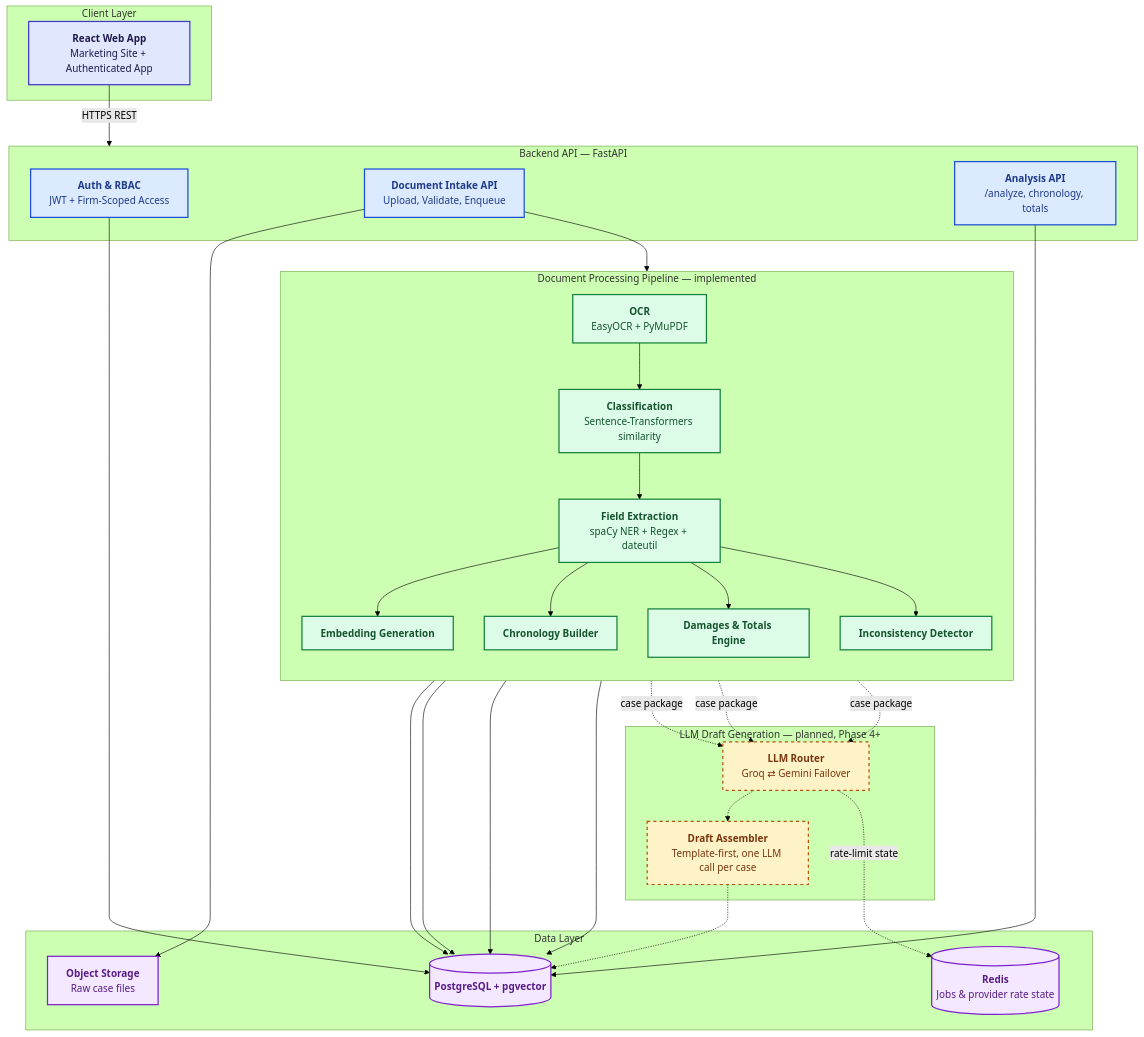
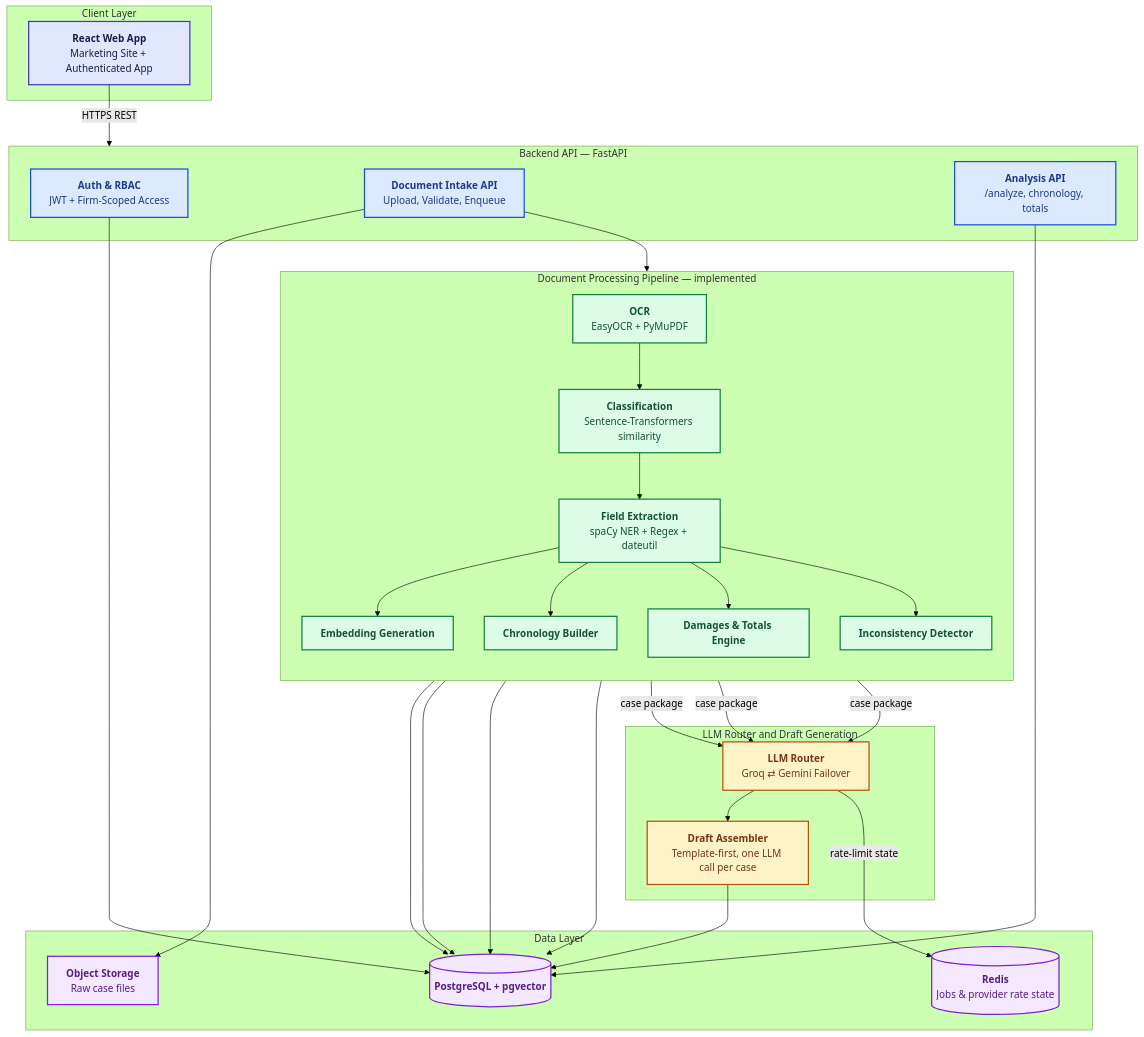
The diagram in README.md (codearchitect14/legal-doc-intelligence), drawn with Mermaid (forest theme) before and after one commit. The commit also changed other lines of this file and 13 other files, not shown here.

First line of the commit message:
feat: implement Phase 4 LLM router and draft generation

````diff
--- a/README.md
+++ b/README.md
@@ -52,80 +52,80 @@
 ```mermaid
 flowchart TB
     subgraph CLIENT["Client Layer"]
         UI["`**React Web App**
         Marketing Site + Authenticated App`"]
     end
 
     subgraph API["Backend API — FastAPI"]
         AUTH["`**Auth & RBAC**
         JWT + Firm-Scoped Access`"]
         UPLOAD["`**Document Intake API**
         Upload, Validate, Enqueue`"]
         ANALYZE["`**Analysis API**
         /analyze, chronology, totals`"]
     end
 
     subgraph PIPELINE["Document Processing Pipeline — implemented"]
         direction TB
         OCR["`**OCR**
         EasyOCR + PyMuPDF`"]
         CLASSIFY["`**Classification**
         Sentence-Transformers similarity`"]
         EXTRACT["`**Field Extraction**
         spaCy NER + Regex + dateutil`"]
         EMBED["`**Embedding Generation**`"]
         CHRONO["`**Chronology Builder**`"]
         TOTALS["`**Damages & Totals Engine**`"]
         GAPS["`**Inconsistency Detector**`"]
 
         OCR --> CLASSIFY --> EXTRACT
         EXTRACT --> EMBED
         EXTRACT --> CHRONO
         EXTRACT --> TOTALS
         EXTRACT --> GAPS
     end
 
-    subgraph FUTURE["LLM Draft Generation — planned, Phase 4+"]
+    subgraph INTEL["LLM Router and Draft Generation"]
         ROUTER["`**LLM Router**
         Groq ⇄ Gemini Failover`"]
         DRAFT["`**Draft Assembler**
         Template-first, one LLM call per case`"]
     end
 
     subgraph DATA["Data Layer"]
         PG[("`**PostgreSQL + pgvector**`")]
         STORE["`**Object Storage**
         Raw case files`"]
         REDIS[("`**Redis**
         Jobs & provider rate state`")]
     end
 
     UI -->|HTTPS REST| API
     AUTH --> PG
     UPLOAD --> STORE
     UPLOAD --> OCR
     ANALYZE --> PG
 
     EMBED --> PG
     CHRONO --> PG
     TOTALS --> PG
     GAPS --> PG
 
-    CHRONO -.->|case package| ROUTER
-    TOTALS -.->|case package| ROUTER
-    GAPS -.->|case package| ROUTER
-    ROUTER -.-> DRAFT -.-> PG
-    ROUTER -.->|rate-limit state| REDIS
+    CHRONO -->|case package| ROUTER
+    TOTALS -->|case package| ROUTER
+    GAPS -->|case package| ROUTER
+    ROUTER --> DRAFT --> PG
+    ROUTER -->|rate-limit state| REDIS
 
     classDef client fill:#e0e7ff,stroke:#4338ca,stroke-width:2px,color:#1e1b4b
     classDef backend fill:#dbeafe,stroke:#1d4ed8,stroke-width:2px,color:#1e3a8a
     classDef pipeline fill:#dcfce7,stroke:#15803d,stroke-width:2px,color:#14532d
-    classDef future fill:#fef3c7,stroke:#b45309,stroke-width:2px,color:#78350f,stroke-dasharray: 5 5
+    classDef intel fill:#fef3c7,stroke:#b45309,stroke-width:2px,color:#78350f
     classDef data fill:#f3e8ff,stroke:#7e22ce,stroke-width:2px,color:#581c87
 
     class UI client
     class AUTH,UPLOAD,ANALYZE backend
     class OCR,CLASSIFY,EXTRACT,EMBED,CHRONO,TOTALS,GAPS pipeline
-    class ROUTER,DRAFT future
+    class ROUTER,DRAFT intel
     class PG,STORE,REDIS data
 ```
````
